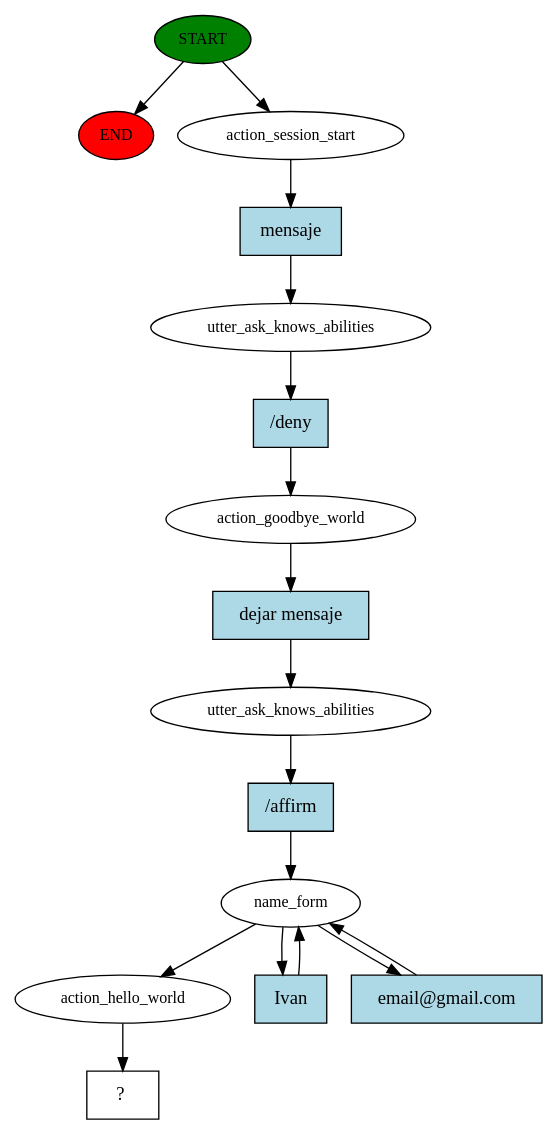
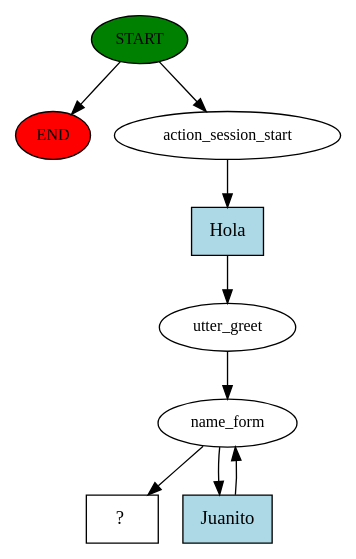
One commit to kabirivan/Ecommerce-Assistant-Jasmine changed the diagram in story_graph.dot. Above: the diagram before and after it, drawn with Graphviz. The commit also changed 1 other file, not shown here.

```diff
--- a/story_graph.dot
+++ b/story_graph.dot
@@ -1,33 +1,18 @@
 digraph  {
 0 [class="start active", fillcolor=green, fontsize=12, label=START, style=filled];
 "-1" [class=end, fillcolor=red, fontsize=12, label=END, style=filled];
 1 [class=active, fontsize=12, label=action_session_start];
-2 [class=active, fontsize=12, label=utter_ask_knows_abilities];
-3 [class=active, fontsize=12, label=action_goodbye_world];
-4 [class=active, fontsize=12, label=utter_ask_knows_abilities];
-5 [class=active, fontsize=12, label=name_form];
-8 [class=active, fontsize=12, label=action_hello_world];
-9 [class="intent dashed active", label="  ?  ", shape=rect];
-10 [class="intent active", fillcolor=lightblue, label=mensaje, shape=rect, style=filled];
-11 [class="intent active", fillcolor=lightblue, label="/deny", shape=rect, style=filled];
-12 [class="intent active", fillcolor=lightblue, label="dejar mensaje", shape=rect, style=filled];
-13 [class="intent active", fillcolor=lightblue, label="/affirm", shape=rect, style=filled];
-14 [class="intent active", fillcolor=lightblue, label=Ivan, shape=rect, style=filled];
-15 [class="intent active", fillcolor=lightblue, label="email@gmail.com", shape=rect, style=filled];
+2 [class=active, fontsize=12, label=utter_greet];
+3 [class=active, fontsize=12, label=name_form];
+5 [class="intent dashed active", label="  ?  ", shape=rect];
+6 [class="intent active", fillcolor=lightblue, label=Hola, shape=rect, style=filled];
+7 [class="intent active", fillcolor=lightblue, label=Juanito, shape=rect, style=filled];
 0 -> "-1"  [class="", key=NONE, label=""];
 0 -> 1  [class=active, key=NONE, label=""];
-1 -> 10  [class=active, key=0];
-2 -> 11  [class=active, key=0];
-3 -> 12  [class=active, key=0];
-4 -> 13  [class=active, key=0];
-5 -> 8  [class=active, key=NONE, label=""];
-5 -> 14  [class=active, key=0];
-5 -> 15  [class=active, key=0];
-8 -> 9  [class=active, key=NONE, label=""];
-10 -> 2  [class=active, key=0];
-11 -> 3  [class=active, key=0];
-12 -> 4  [class=active, key=0];
-13 -> 5  [class=active, key=0];
-14 -> 5  [class=active, key=0];
-15 -> 5  [class=active, key=0];
+1 -> 6  [class=active, key=0];
+2 -> 3  [class=active, key=NONE, label=""];
+3 -> 5  [class=active, key=NONE, label=""];
+3 -> 7  [class=active, key=0];
+6 -> 2  [class=active, key=0];
+7 -> 3  [class=active, key=0];
 }
```
